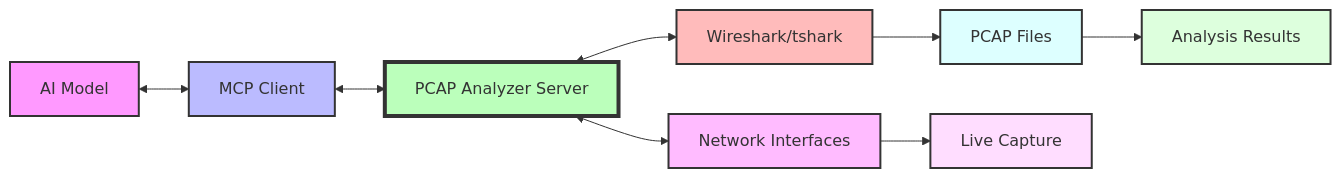
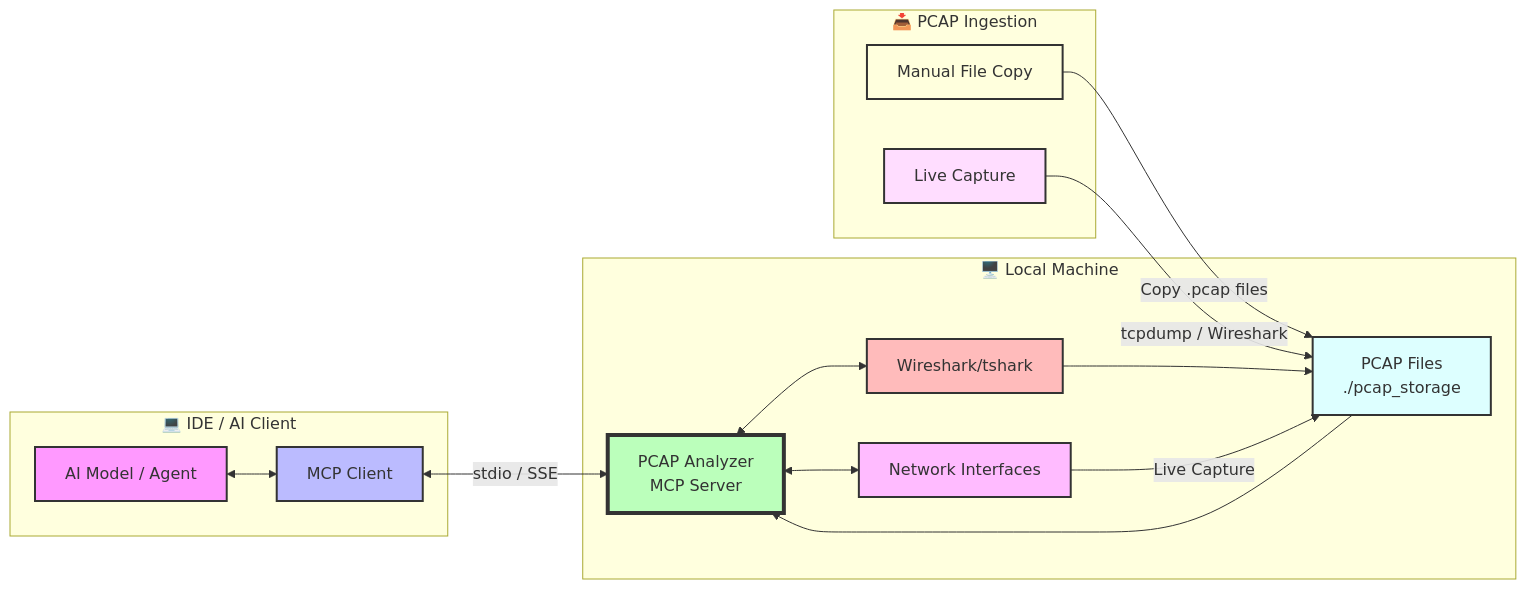
Before and after one commit to aws-samples/sample-pcap-analyzer-mcp: the first of 3 diagrams in README.md, drawn with Mermaid. The commit also changed other lines of this file, not shown here.

Commit message:
docs: add AgentCore Gateway + Lambda setup with OAuth2/Cognito inbound and IAM outbound auth, dual architecture diagrams, and PCAP ingestion via SSM

````diff
--- a/README.md
+++ b/README.md
@@ -24,19 +30,38 @@
 ```mermaid
 graph LR
-    A[AI Model] <--> B[MCP Client]
-    B <--> C[PCAP Analyzer Server]
-    C <--> D[Wireshark/tshark]
-    C <--> E[Network Interfaces]
-    D --> F[PCAP Files]
-    E --> G[Live Capture]
-    F --> H[Analysis Results]
-    
+    subgraph IDE ["💻 IDE / AI Client"]
+        A[AI Model / Agent]
+        B[MCP Client]
+    end
+
+    subgraph Local ["🖥️ Local Machine"]
+        C[PCAP Analyzer\nMCP Server]
+        D[Wireshark/tshark]
+        E[Network Interfaces]
+        F[PCAP Files\n./pcap_storage]
+    end
+
+    subgraph Ingestion ["📥 PCAP Ingestion"]
+        G[Manual File Copy]
+        H[Live Capture]
+    end
+
+    A <--> B
+    B <-->|stdio / SSE| C
+    C <--> D
+    C <--> E
+    D --> F
+    E -->|Live Capture| F
+    G -->|Copy .pcap files| F
+    H -->|tcpdump / Wireshark| F
+    F --> C
+
     style A fill:#f9f,stroke:#333,stroke-width:2px
     style B fill:#bbf,stroke:#333,stroke-width:2px
     style C fill:#bfb,stroke:#333,stroke-width:4px
     style D fill:#fbb,stroke:#333,stroke-width:2px
     style E fill:#fbf,stroke:#333,stroke-width:2px
     style F fill:#dff,stroke:#333,stroke-width:2px
-    style G fill:#fdf,stroke:#333,stroke-width:2px
-    style H fill:#dfd,stroke:#333,stroke-width:2px
+    style G fill:#ffd,stroke:#333,stroke-width:2px
+    style H fill:#fdf,stroke:#333,stroke-width:2px
 ```
````
